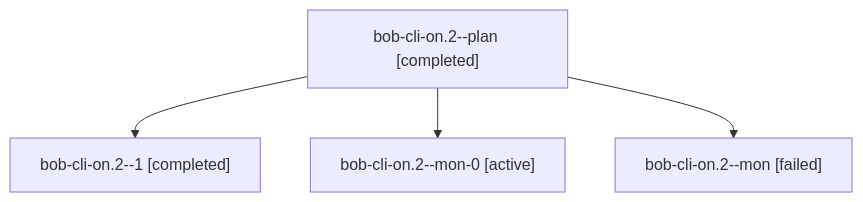
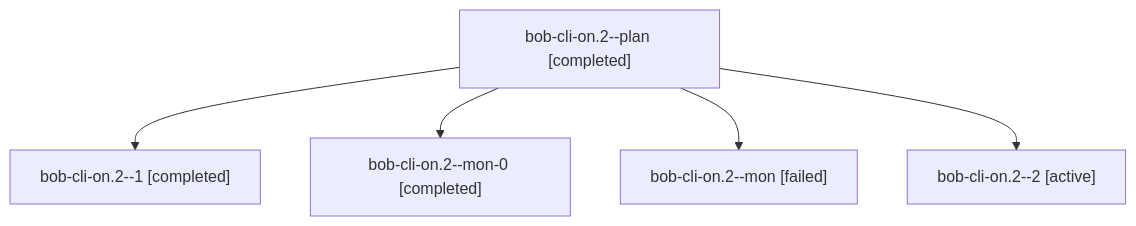
The diagram in sessions/bbugyi200.athena.bob-cli-on.2.md (bobs-org/bob-cli--agents), drawn with Mermaid before and after one commit. The commit also changed other lines of this file and 59 other files, not shown here.

````diff
--- a/sessions/bbugyi200.athena.bob-cli-on.2.md
+++ b/sessions/bbugyi200.athena.bob-cli-on.2.md
@@ -9,10 +9,12 @@
 ```mermaid
 flowchart TD
   n0["bob-cli-on.2--plan [completed]"]
   n1["bob-cli-on.2--1 [completed]"]
   n0 --> n1
-  n2["bob-cli-on.2--mon-0 [active]"]
+  n2["bob-cli-on.2--mon-0 [completed]"]
   n0 --> n2
   n3["bob-cli-on.2--mon [failed]"]
   n0 --> n3
+  n4["bob-cli-on.2--2 [active]"]
+  n0 --> n4
 ```
````
